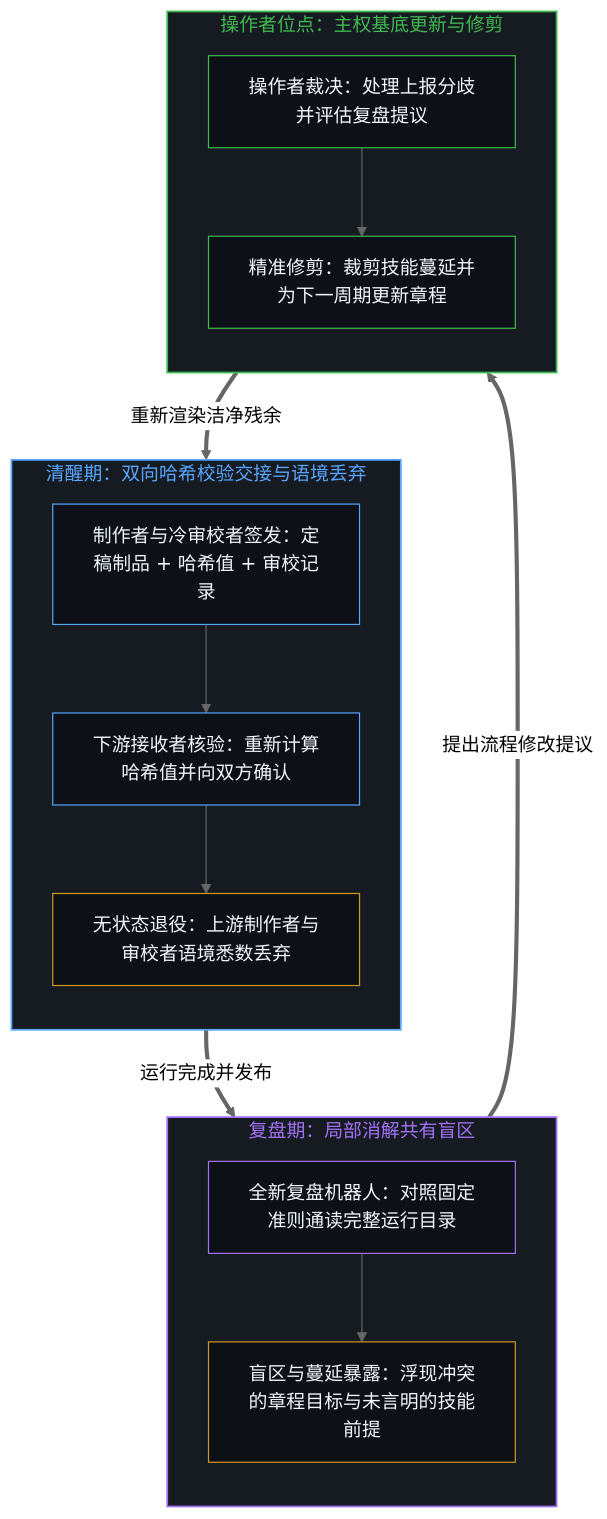
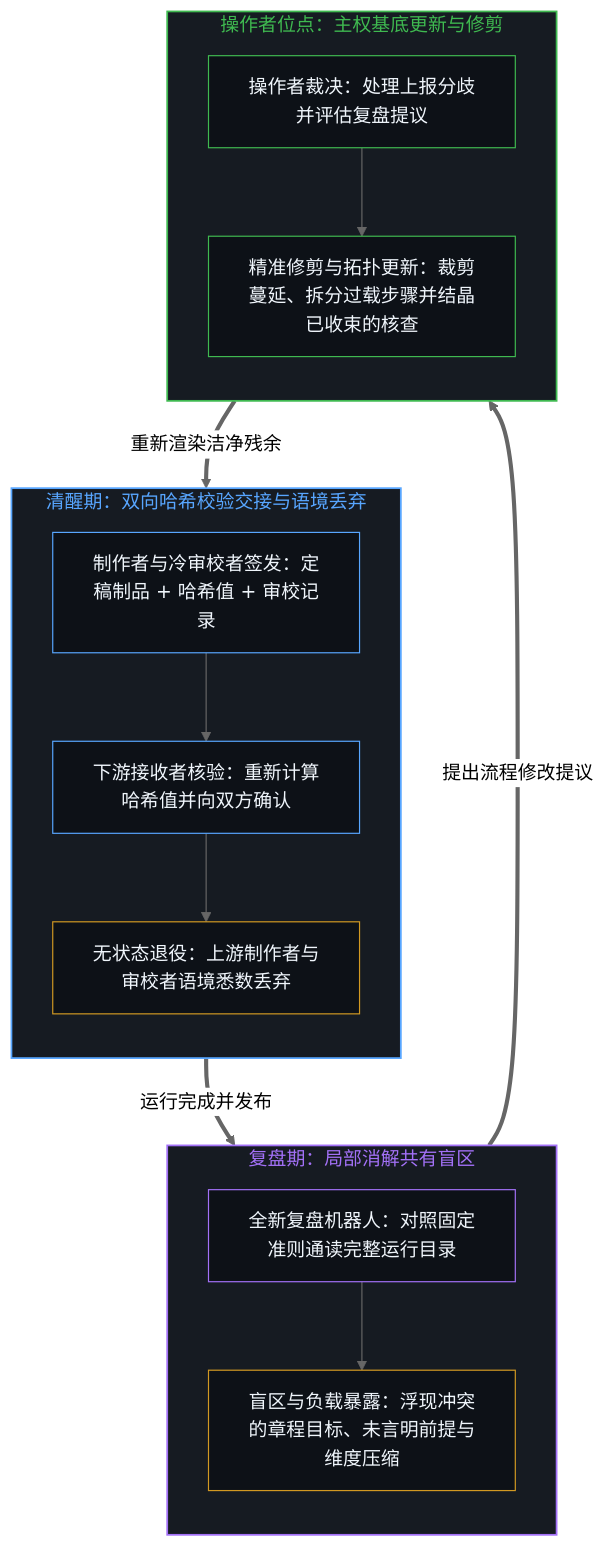
One commit to powerpig99/not-a-toe changed the third of 4 diagrams in content/posts/on-demand-contexts-keep-coherence-at-one-step.md. Above: the diagram before and after it, drawn with Mermaid (neutral theme). The commit also changed other lines of this file and 9 other files, not shown here.

````diff
--- a/content/posts/on-demand-contexts-keep-coherence-at-one-step.md
+++ b/content/posts/on-demand-contexts-keep-coherence-at-one-step.md
@@ -121,35 +121,35 @@
 ```mermaid
 flowchart TD
     subgraph S_Wake["清醒期：双向哈希校验交接与语境丢弃"]
         direction TB
         Sign["制作者与冷审校者签发：定稿制品 + 哈希值 + 审校记录"]
         Verify["下游接收者核验：重新计算哈希值并向双方确认"]
         Drop["无状态退役：上游制作者与审校者语境悉数丢弃"]
         Sign --> Verify --> Drop
     end
     subgraph S_Recap["复盘期：局部消解共有盲区"]
         direction TB
         ReadRun["全新复盘机器人：对照固定准则通读完整运行目录"]
-        Expose["盲区与蔓延暴露：浮现冲突的章程目标与未言明的技能前提"]
+        Expose["盲区与负载暴露：浮现冲突的章程目标、未言明前提与维度压缩"]
         ReadRun --> Expose
     end
     subgraph S_Operator["操作者位点：主权基底更新与修剪"]
         direction TB
         Decide["操作者裁决：处理上报分歧并评估复盘提议"]
-        Prune["精准修剪：裁剪技能蔓延并为下一周期更新章程"]
+        Prune["精准修剪与拓扑更新：裁剪蔓延、拆分过载步骤并结晶已收束的核查"]
         Decide --> Prune
     end
     Drop ==>|"运行完成并发布"| ReadRun
     Expose ==>|"提出流程修改提议"| Decide
     Prune ==>|"重新渲染洁净残余"| Sign
     style S_Wake fill:#161b22,stroke:#58a6ff,stroke-width:1.5px,color:#58a6ff
     style S_Recap fill:#161b22,stroke:#a371f7,stroke-width:1.5px,color:#a371f7
     style S_Operator fill:#161b22,stroke:#3fb950,stroke-width:1.5px,color:#3fb950
     style Sign fill:#0d1117,stroke:#58a6ff,stroke-width:1px,color:#f0f6fc
     style Verify fill:#0d1117,stroke:#58a6ff,stroke-width:1px,color:#f0f6fc
     style Drop fill:#0d1117,stroke:#d29922,stroke-width:1px,color:#f0f6fc
     style ReadRun fill:#0d1117,stroke:#a371f7,stroke-width:1px,color:#f0f6fc
     style Expose fill:#0d1117,stroke:#d29922,stroke-width:1px,color:#f0f6fc
     style Decide fill:#0d1117,stroke:#3fb950,stroke-width:1px,color:#f0f6fc
     style Prune fill:#0d1117,stroke:#3fb950,stroke-width:1px,color:#f0f6fc
 ```
````
